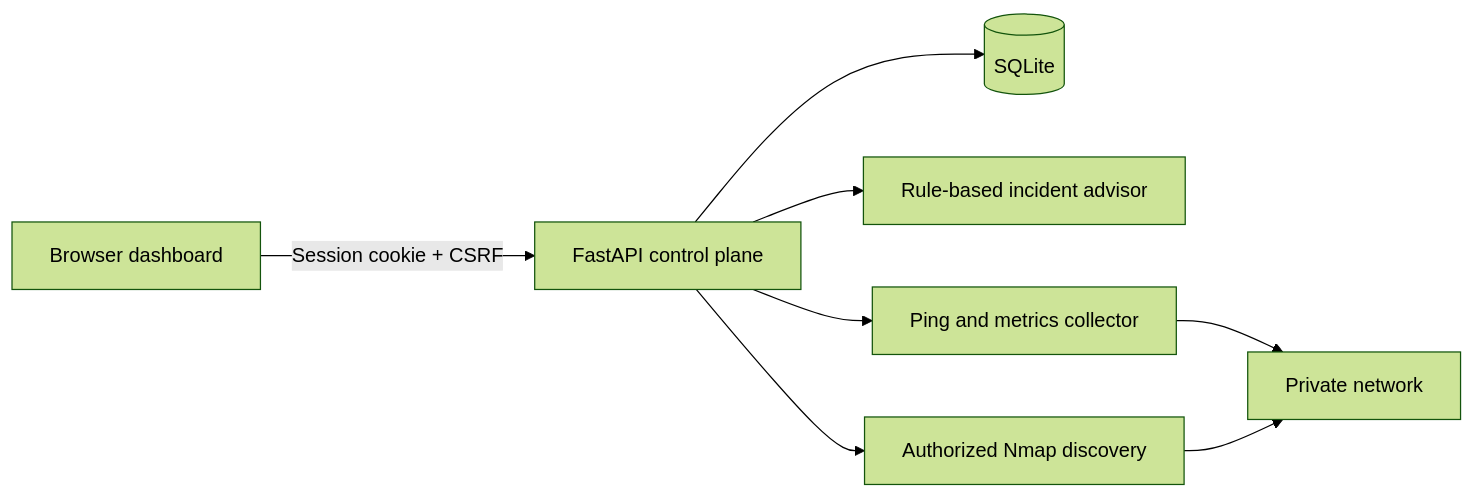
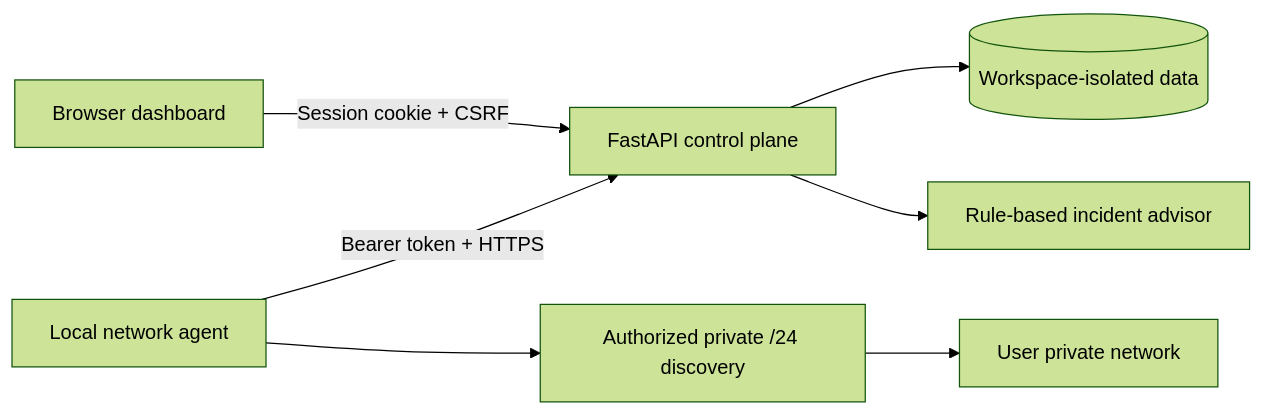
The first of 2 diagrams in README.md (Belal-Alqarni/Taraqqub-Shabaki), drawn with Mermaid (forest theme) before and after one commit. The commit also changed other lines of this file and 23 other files, not shown here.

Commit message:
Add isolated workspaces and network agent

````diff
--- a/README.md
+++ b/README.md
@@ -54,10 +55,9 @@
 ```mermaid
 flowchart LR
     Browser["Browser dashboard"] -->|"Session cookie + CSRF"| API["FastAPI control plane"]
-    API --> DB[("SQLite")]
+    API --> DB[("Workspace-isolated data")]
     API --> Advisor["Rule-based incident advisor"]
-    API --> Collector["Ping and metrics collector"]
-    API --> Discovery["Authorized Nmap discovery"]
-    Collector --> Network["Private network"]
-    Discovery --> Network
+    Agent["Local network agent"] -->|"Bearer token + HTTPS"| API
+    Agent --> Discovery["Authorized private /24 discovery"]
+    Discovery --> Network["User private network"]
 ```
````
